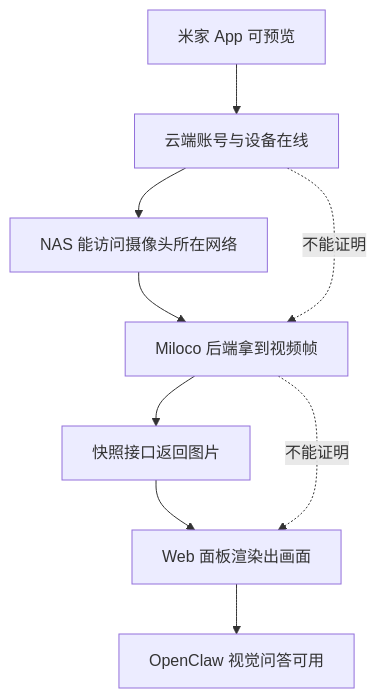
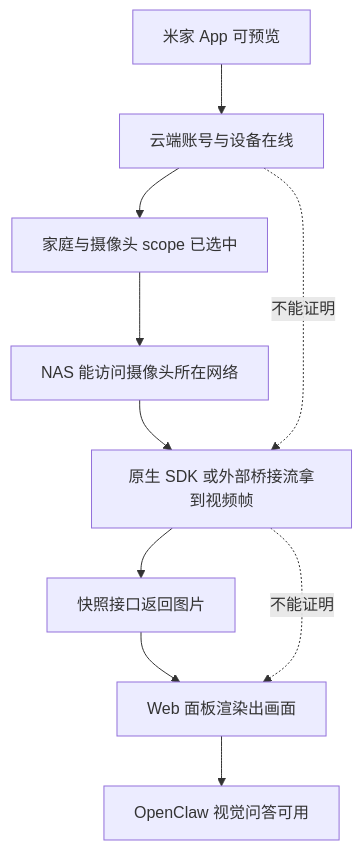
The diagram in docs/methodologies/camera-panel-visual-verification/index.md (andy-JustSayWhen/easy-miloco), drawn with Mermaid before and after one commit. The commit also changed other lines of this file, not shown here.

````diff
--- a/docs/methodologies/camera-panel-visual-verification/index.md
+++ b/docs/methodologies/camera-panel-visual-verification/index.md
@@ -23,12 +31,13 @@
 ```mermaid
 flowchart TD
   A["米家 App 可预览"] --> B["云端账号与设备在线"]
-  B --> C["NAS 能访问摄像头所在网络"]
-  C --> D["Miloco 后端拿到视频帧"]
-  D --> E["快照接口返回图片"]
-  E --> F["Web 面板渲染出画面"]
-  F --> G["OpenClaw 视觉问答可用"]
+  B --> C["家庭与摄像头 scope 已选中"]
+  C --> D["NAS 能访问摄像头所在网络"]
+  D --> E["原生 SDK 或外部桥接流拿到视频帧"]
+  E --> F["快照接口返回图片"]
+  F --> G["Web 面板渲染出画面"]
+  G --> H["OpenClaw 视觉问答可用"]
 
-  B -. "不能证明" .-> D
-  D -. "不能证明" .-> F
+  B -. "不能证明" .-> E
+  E -. "不能证明" .-> G
 ```
````
